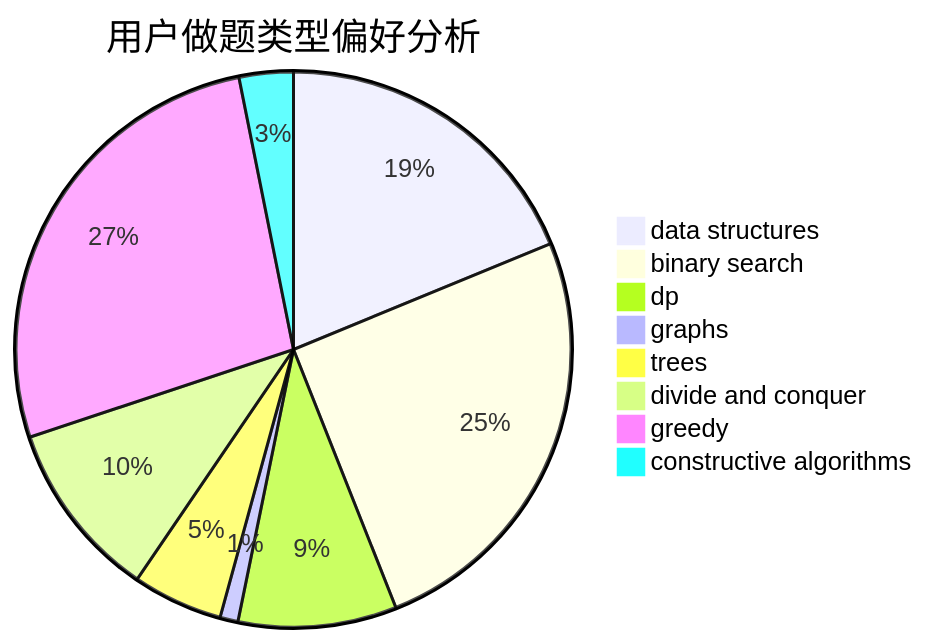
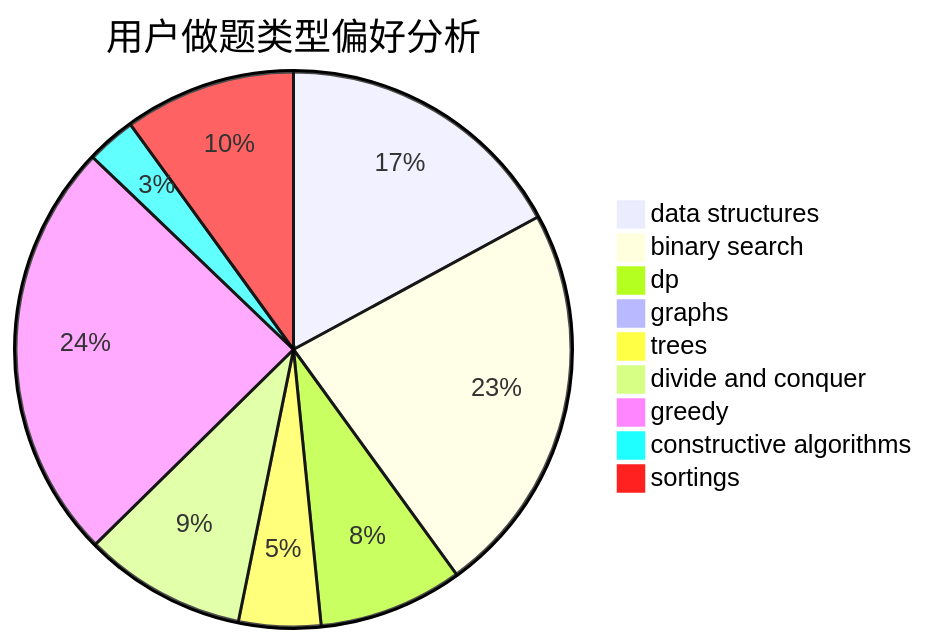
The second of 3 diagrams in docs/user/u2129.md (sherpahu/cfrs.github.io), drawn with Mermaid before and after one commit. The commit also changed other lines of this file and 2769 other files, not shown here.

````diff
--- a/docs/user/u2129.md
+++ b/docs/user/u2129.md
@@ -23,11 +18,12 @@
 ```mermaid
 pie title 用户做题类型偏好分析
     "data structures" :  161
     "binary search" :  216
     "dp" :  79
     "graphs" :  9
     "trees" :  45
     "divide and conquer" :  89
     "greedy" :  231
     "constructive algorithms" :  27
+    "sortings" :  94
 ```
````
